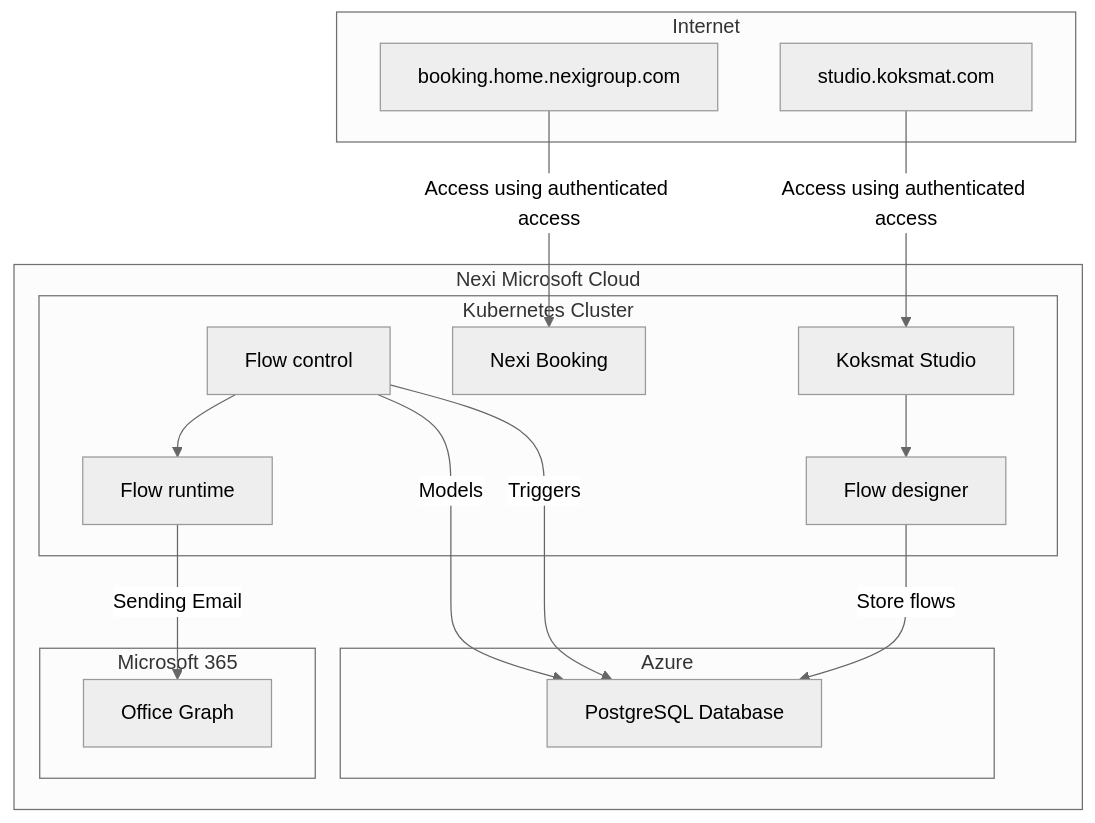
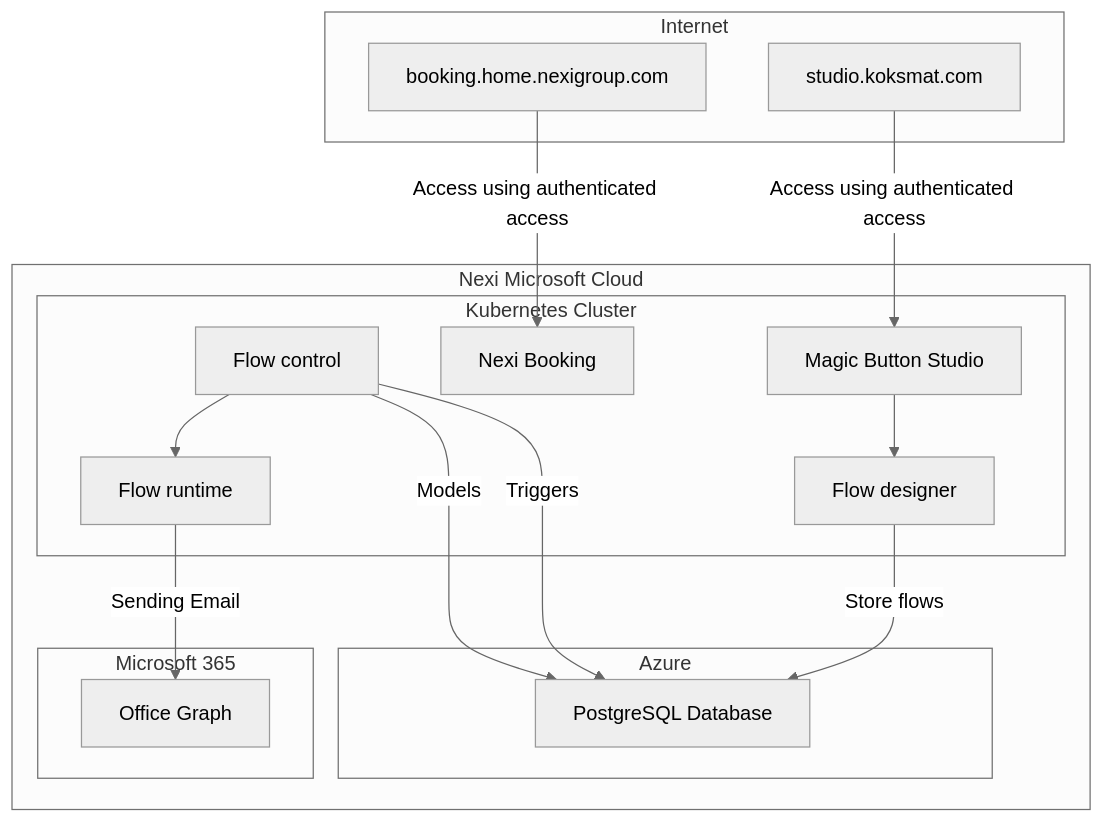
One commit to nexi-intra/intra-docs changed the diagram in docs/koksmat/concepts/workflow/index.md. Above: the diagram before and after it, drawn with Mermaid (neutral theme). The commit also changed other lines of this file and 6 other files, not shown here.

````diff
--- a/docs/koksmat/concepts/workflow/index.md
+++ b/docs/koksmat/concepts/workflow/index.md
@@ -15,45 +15,45 @@
 ```mermaid
 graph TB
     subgraph ExternalUser ["Internet"]
          User["booking.home.nexigroup.com"]
     end
     subgraph ExternalUser ["Intranet"]
         Editor["studio.koksmat.com"]
     end
 
     subgraph NexiPlatformBoundary ["Nexi Microsoft Cloud"]
         subgraph KubernetesCluster ["Kubernetes Cluster"]
 
-            KoksmatStudio["Koksmat Studio"]
+            KoksmatStudio["Magic Button Studio"]
             NexiBooking["Nexi Booking"]
             WorkflowDesigner["Flow designer"]
             WorkflowRuntime["Flow runtime"]
             WorkflowController["Flow control"]
 
         end
         subgraph Azure ["Azure"]
 
             PostgreSQLDB["PostgreSQL Database"]
 
         end
         subgraph Microsoft365 ["Microsoft 365"]
             Graph["Office Graph"]
         end
 
     end
 
     User -->|Access using authenticated access | NexiBooking
     Editor -->|Access using authenticated access| KoksmatStudio
     KoksmatStudio --> WorkflowDesigner
     WorkflowDesigner --> |Store flows| PostgreSQLDB
     WorkflowRuntime --> |Sending Email| Graph
     %% WorkflowRuntime --> |Trace| NATSmessage
     WorkflowController --> WorkflowRuntime
     WorkflowController --> |Triggers| PostgreSQLDB
     WorkflowController --> |Models| PostgreSQLDB
 
 
 
 
 
 ```
````
